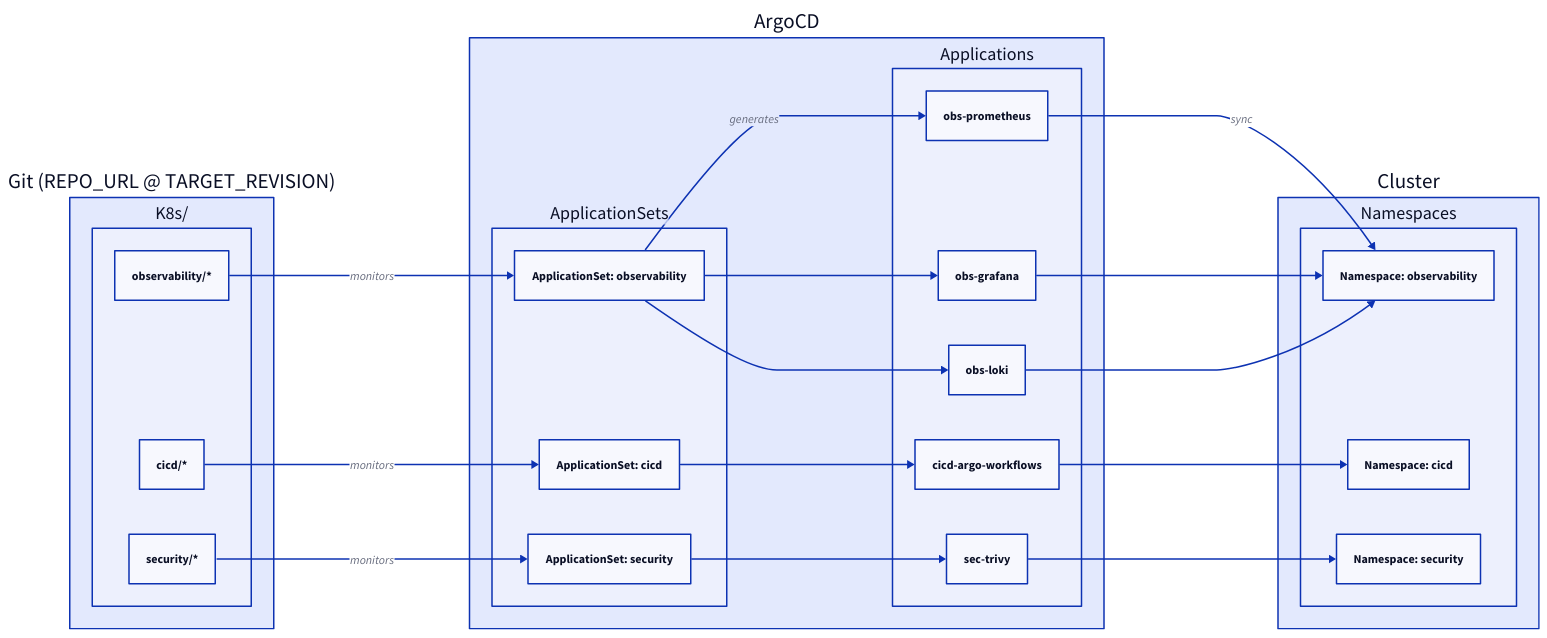
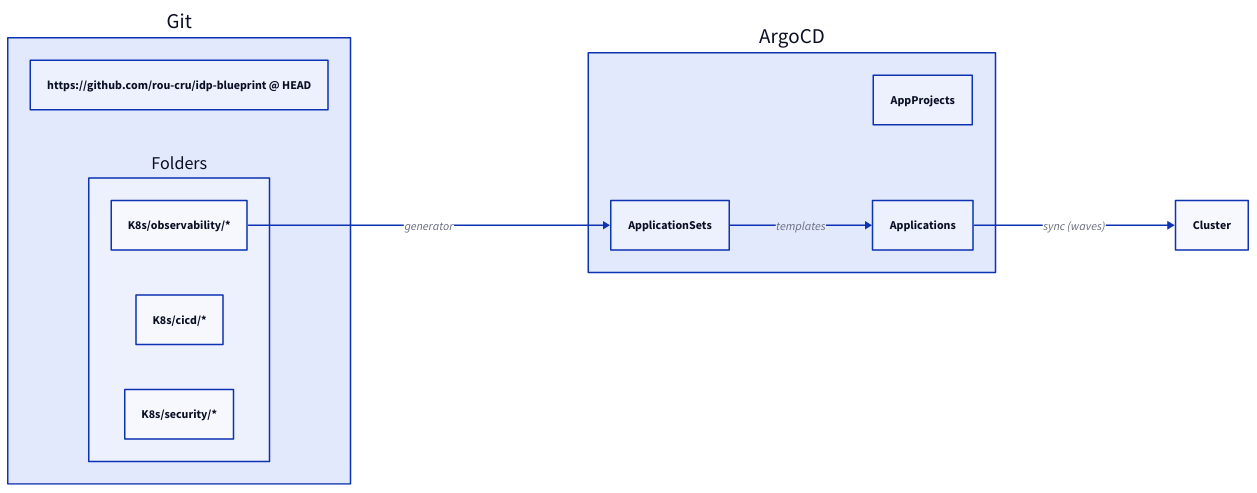
The second of 3 diagrams in Docs/concepts/gitops-model.md (rou-cru/idp-blueprint), drawn with D2 before and after one commit. The commit also changed other lines of this file and 78 other files, not shown here.

Commit message:
docs: restructure architecture and operations

````diff
--- a/Docs/concepts/gitops-model.md
+++ b/Docs/concepts/gitops-model.md
@@ -68,53 +25,22 @@
 ```d2
 direction: right
 
 Git: {
-  label: "Git (REPO_URL @ TARGET_REVISION)"
-  K8sDir: {
-    label: "K8s/"
-    Obs: "observability/*"
-    Cicd: "cicd/*"
-    Sec: "security/*"
+  Repo: "https://github.com/rou-cru/idp-blueprint @ HEAD"
+  Folders: {
+    Obs: "K8s/observability/*"
+    Cicd: "K8s/cicd/*"
+    Sec: "K8s/security/*"
   }
 }
 
-Argo: {
-  label: "ArgoCD"
-  ApplicationSets: {
-    ASObs: "ApplicationSet: observability"
-    ASCicd: "ApplicationSet: cicd"
-    ASSec: "ApplicationSet: security"
-  }
-  Applications: {
-    AppProm: "obs-prometheus"
-    AppGraf: "obs-grafana"
-    AppLoki: "obs-loki"
-    AppWF: "cicd-argo-workflows"
-    AppTrivy: "sec-trivy"
-  }
+ArgoCD: {
+  AppProjects
+  ApplicationSets
+  Applications
 }
 
-Cluster: {
-  Namespaces: {
-    ObsNS: "Namespace: observability"
-    CicdNS: "Namespace: cicd"
-    SecNS: "Namespace: security"
-  }
-}
-
-Git.K8sDir.Obs -> Argo.ApplicationSets.ASObs: monitors
-Git.K8sDir.Cicd -> Argo.ApplicationSets.ASCicd: monitors
-Git.K8sDir.Sec -> Argo.ApplicationSets.ASSec: monitors
-
-Argo.ApplicationSets.ASObs -> Argo.Applications.AppProm: generates
-Argo.ApplicationSets.ASObs -> Argo.Applications.AppGraf
-Argo.ApplicationSets.ASObs -> Argo.Applications.AppLoki
-Argo.ApplicationSets.ASCicd -> Argo.Applications.AppWF
-Argo.ApplicationSets.ASSec -> Argo.Applications.AppTrivy
-
-Argo.Applications.AppProm -> Cluster.Namespaces.ObsNS: sync
-Argo.Applications.AppGraf -> Cluster.Namespaces.ObsNS
-Argo.Applications.AppLoki -> Cluster.Namespaces.ObsNS
-Argo.Applications.AppWF -> Cluster.Namespaces.CicdNS
-Argo.Applications.AppTrivy -> Cluster.Namespaces.SecNS
+Git.Folders.Obs -> ArgoCD.ApplicationSets: "generator"
+ArgoCD.ApplicationSets -> ArgoCD.Applications: "templates"
+ArgoCD.Applications -> Cluster: "sync (waves)"
 ```
````
